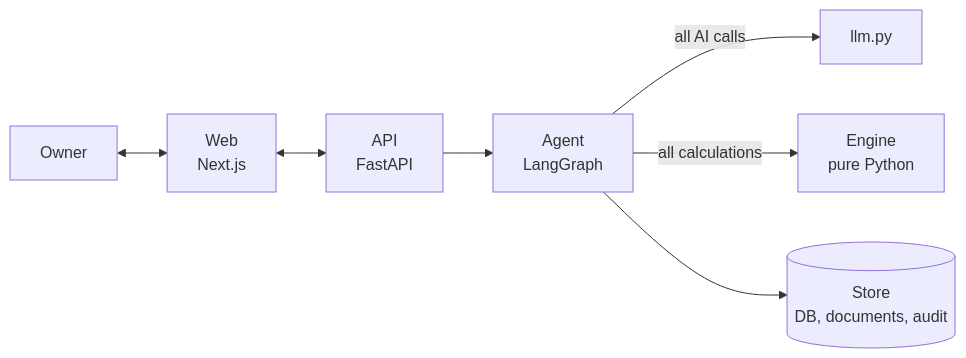
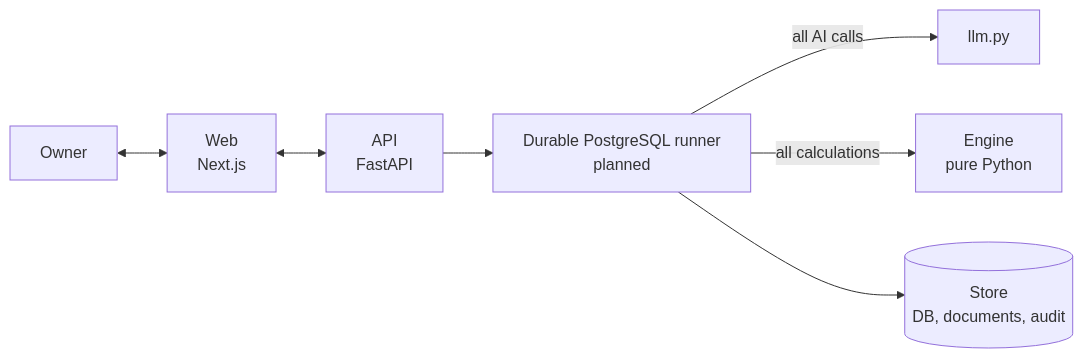
Before and after one commit to md-sazid9089/Order_Fit: the diagram in README.md, drawn with Mermaid. The commit also changed other lines of this file and 49 other files, not shown here.

````diff
--- a/README.md
+++ b/README.md
@@ -85,9 +86,9 @@
 ```mermaid
 flowchart LR
     U[Owner] <--> W[Web<br/>Next.js]
     W <--> A[API<br/>FastAPI]
-    A --> G[Agent<br/>LangGraph]
+    A --> G[Durable PostgreSQL runner<br/>planned]
     G -->|all AI calls| L[llm.py]
     G -->|all calculations| E[Engine<br/>pure Python]
     G --> S[(Store<br/>DB, documents, audit)]
 ```
````
